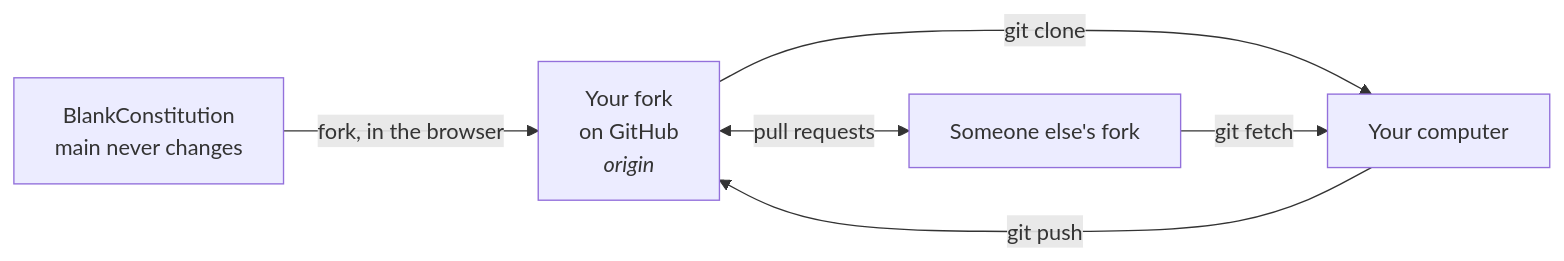
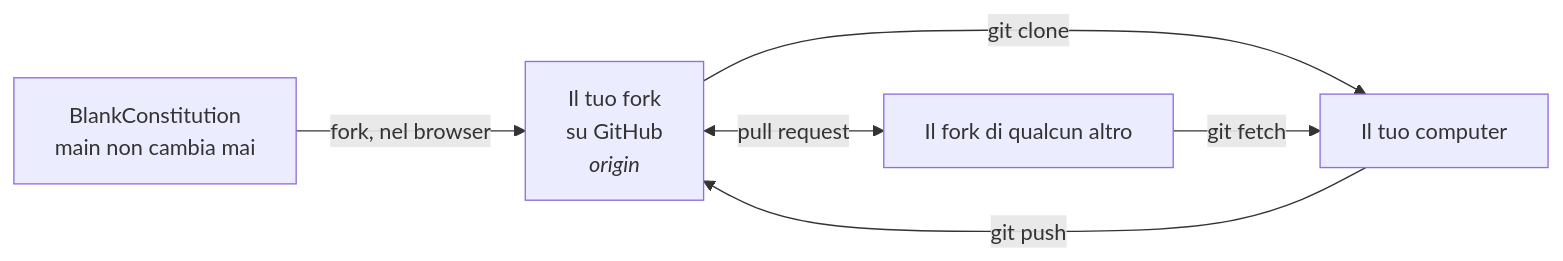
One commit to BlankConstitution/blankconstitution changed the first of 2 diagrams in docs/terminal.md. Above: the diagram before and after it, drawn with Mermaid. The commit also changed other lines of this file and 4 other files, not shown here.

````diff
--- a/docs/terminal.md
+++ b/docs/terminal.md
@@ -9,8 +9,8 @@
 ```mermaid
 flowchart LR
-    U["BlankConstitution<br/>main never changes"] -->|fork, in the browser| O["Your fork<br/>on GitHub<br/><i>origin</i>"]
-    O -->|git clone| L["Your computer"]
+    U["BlankConstitution<br/>main non cambia mai"] -->|fork, nel browser| O["Il tuo fork<br/>su GitHub<br/><i>origin</i>"]
+    O -->|git clone| L["Il tuo computer"]
     L -->|git push| O
-    F["Someone else's fork"] -->|git fetch| L
-    O <-->|pull requests| F
+    F["Il fork di qualcun altro"] -->|git fetch| L
+    O <-->|pull request| F
 ```
````
